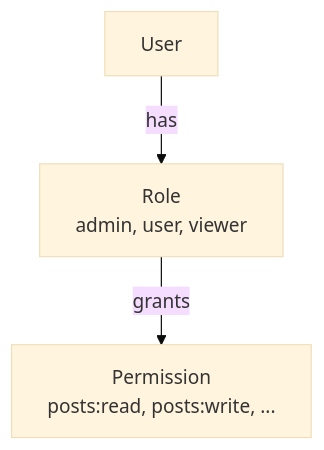
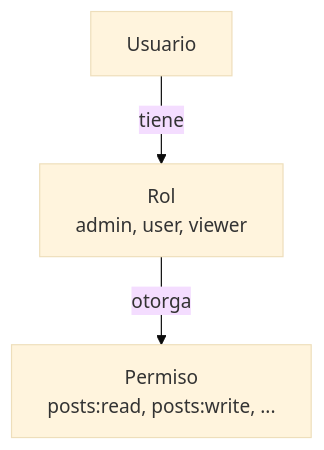
One commit to Byroncl/laboratory-reviews changed the diagram in docs-post-message/docs/backend/modules/roles-permissions.md. Above: the diagram before and after it, drawn with Mermaid (base theme). The commit also changed other lines of this file and 61 other files, not shown here.

````diff
--- a/docs-post-message/docs/backend/modules/roles-permissions.md
+++ b/docs-post-message/docs/backend/modules/roles-permissions.md
@@ -13,9 +13,9 @@
 ```mermaid
 graph TB
-    User["User"]
-    Role["Role<br/>admin, user, viewer"]
-    Permission["Permission<br/>posts:read, posts:write, ..."]
+    User["Usuario"]
+    Role["Rol<br/>admin, user, viewer"]
+    Permission["Permiso<br/>posts:read, posts:write, ..."]
     
-    User -->|has| Role
-    Role -->|grants| Permission
+    User -->|tiene| Role
+    Role -->|otorga| Permission
 ```
````
